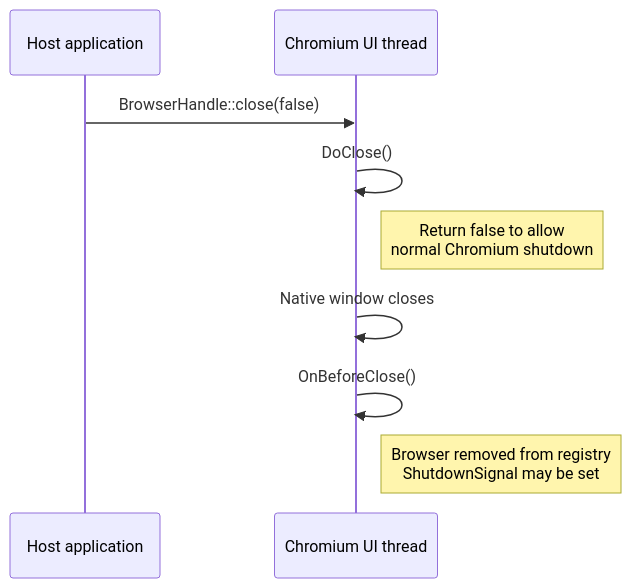
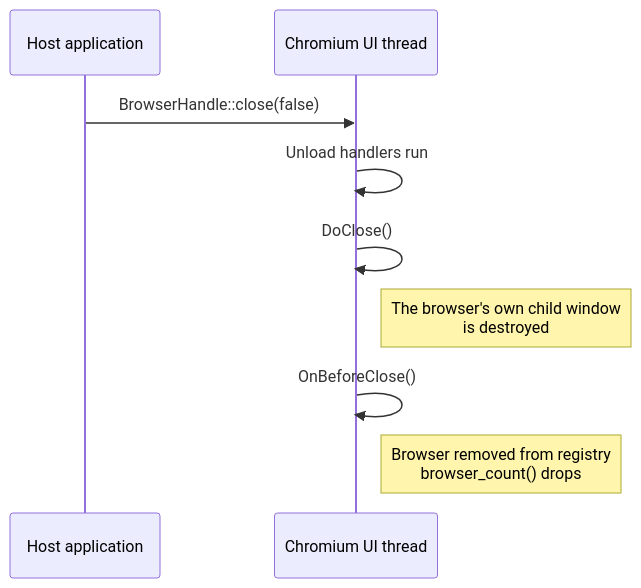
One commit to 0x48piraj/kurogane changed the second of 3 diagrams in docs/winit.md. Above: the diagram before and after it, drawn with Mermaid. The commit also changed other lines of this file and 7 other files, not shown here.

Commit message:
fix: closing an embedded browser leaves the host window open

````diff
--- a/docs/winit.md
+++ b/docs/winit.md
@@ -155,15 +155,15 @@
 ```mermaid
 sequenceDiagram
     participant Host as Host application
     participant Chromium as Chromium UI thread
 
     Host->>Chromium: BrowserHandle::close(false)
 
+    Chromium->>Chromium: Unload handlers run
     Chromium->>Chromium: DoClose()
-    Note right of Chromium: Return false to allow<br/>normal Chromium shutdown
+    Note right of Chromium: The browser's own child window<br/>is destroyed
 
-    Chromium->>Chromium: Native window closes
     Chromium->>Chromium: OnBeforeClose()
 
-    Note right of Chromium: Browser removed from registry<br/>ShutdownSignal may be set
+    Note right of Chromium: Browser removed from registry<br/>browser_count() drops
 ```
````
